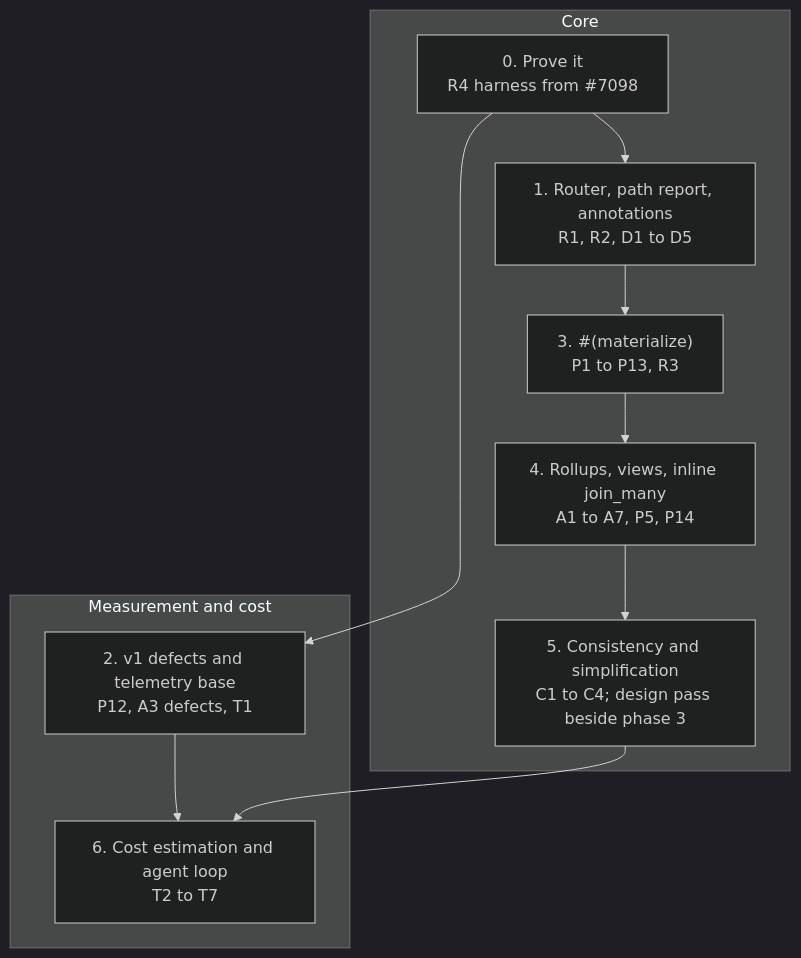
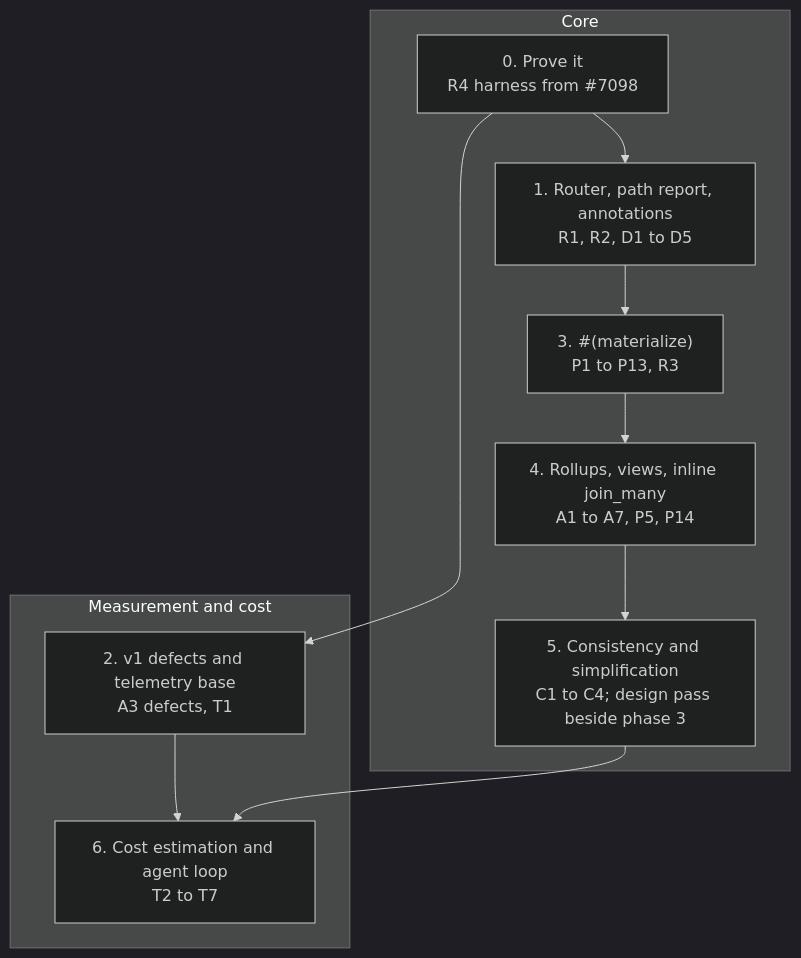
Before and after one commit to malloydata/publisher: the second of 2 diagrams in docs/materialization-v2-plan.md, drawn with Mermaid (dark theme). The commit also changed other lines of this file, not shown here.

````diff
--- a/docs/materialization-v2-plan.md
+++ b/docs/materialization-v2-plan.md
@@ -221,21 +221,21 @@
 ```mermaid
 flowchart TB
   subgraph Core
     P0["0. Prove it<br/>R4 harness from #7098"]
     P1["1. Router, path report, annotations<br/>R1, R2, D1 to D5"]
     P3["3. #(materialize)<br/>P1 to P13, R3"]
     P4["4. Rollups, views, inline join_many<br/>A1 to A7, P5, P14"]
     P5["5. Consistency and simplification<br/>C1 to C4; design pass beside phase 3"]
   end
   subgraph Measurement and cost
-    P2["2. v1 defects and telemetry base<br/>P12, A3 defects, T1"]
+    P2["2. v1 defects and telemetry base<br/>A3 defects, T1"]
     P6["6. Cost estimation and agent loop<br/>T2 to T7"]
   end
   P0 --> P1
   P0 --> P2
   P1 --> P3
   P3 --> P4
   P4 --> P5
   P2 --> P6
   P5 --> P6
 ```
````
